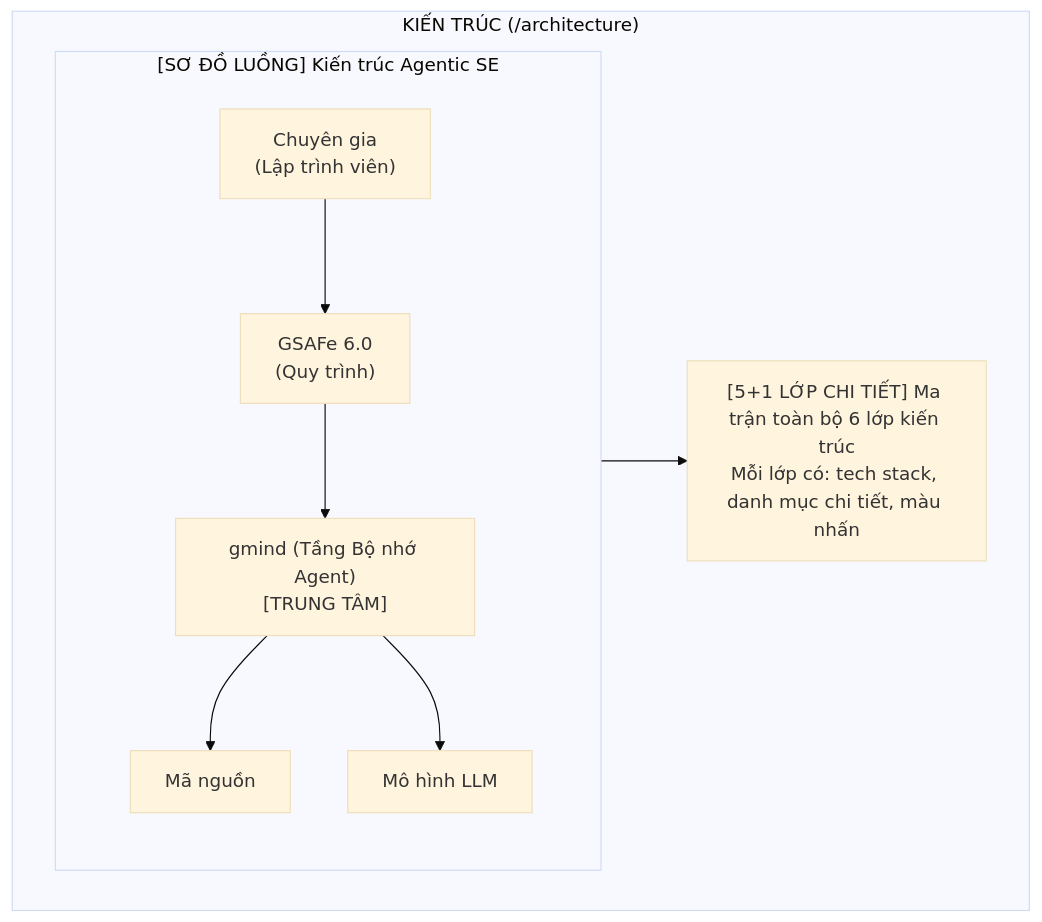
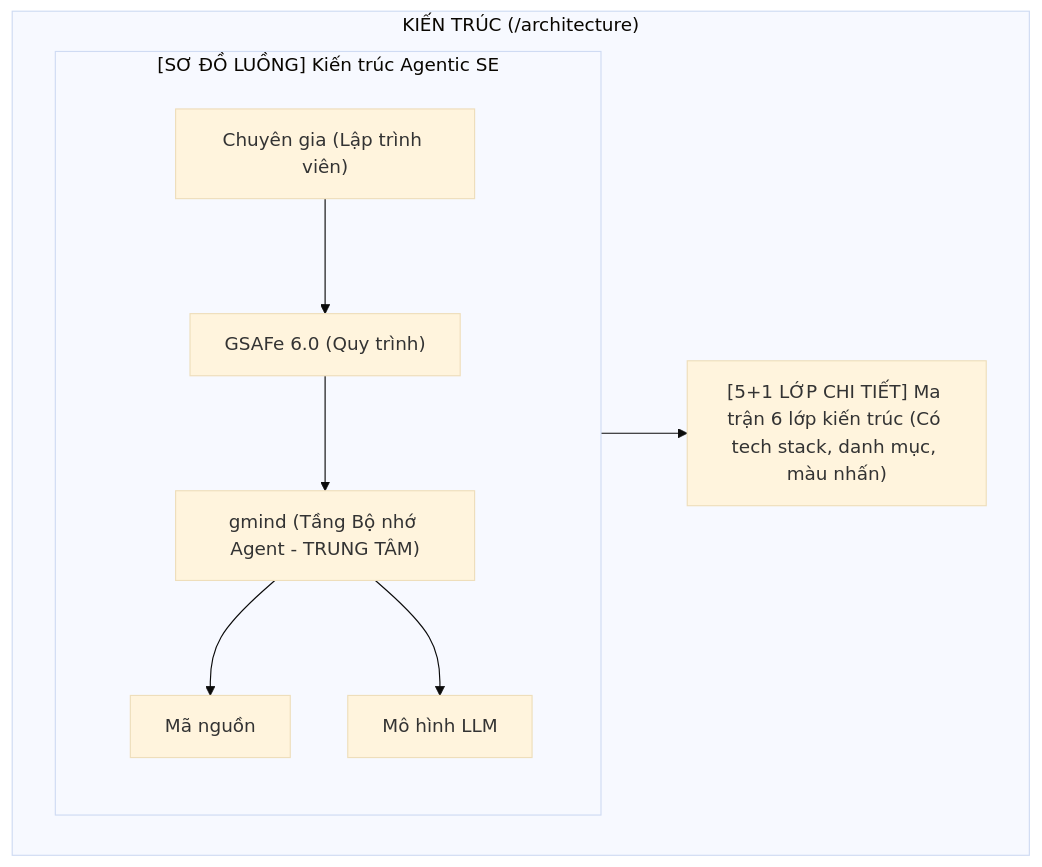
One commit to duyhunghd6/gmind changed the eighth of 13 diagrams in docs/PRDs/apps-website/PRD-00-Website-Structure.md. Above: the diagram before and after it, drawn with Mermaid (base theme). The commit also changed other lines of this file and 1 other file, not shown here.

First line of the commit message:
docs(PRD-00): fix Mermaid diagram syntax errors and remove HTML tags

````diff
--- a/docs/PRDs/apps-website/PRD-00-Website-Structure.md
+++ b/docs/PRDs/apps-website/PRD-00-Website-Structure.md
@@ -397,21 +397,21 @@
 ```mermaid
 graph TD
     subgraph Arch_Page["KIẾN TRÚC (/architecture)"]
         subgraph Flow_Section["[SƠ ĐỒ LUỒNG] Kiến trúc Agentic SE"]
-            Dev["Chuyên gia<br/>(Lập trình viên)"]
-            Process["GSAFe 6.0<br/>(Quy trình)"]
-            Gmind["gmind (Tầng Bộ nhớ Agent)<br/>[TRUNG TÂM]"]
+            Dev["Chuyên gia (Lập trình viên)"]
+            Process["GSAFe 6.0 (Quy trình)"]
+            Gmind["gmind (Tầng Bộ nhớ Agent - TRUNG TÂM)"]
             Source["Mã nguồn"]
             LLM["Mô hình LLM"]
 
             Dev --> Process
             Process --> Gmind
             Gmind --> Source
             Gmind --> LLM
         end
         
-        LayersDetail["[5+1 LỚP CHI TIẾT] Ma trận toàn bộ 6 lớp kiến trúc<br/>Mỗi lớp có: tech stack, danh mục chi tiết, màu nhấn"]
+        LayersDetail["[5+1 LỚP CHI TIẾT] Ma trận 6 lớp kiến trúc (Có tech stack, danh mục, màu nhấn)"]
         
         Flow_Section --> LayersDetail
     end
 ```
````
